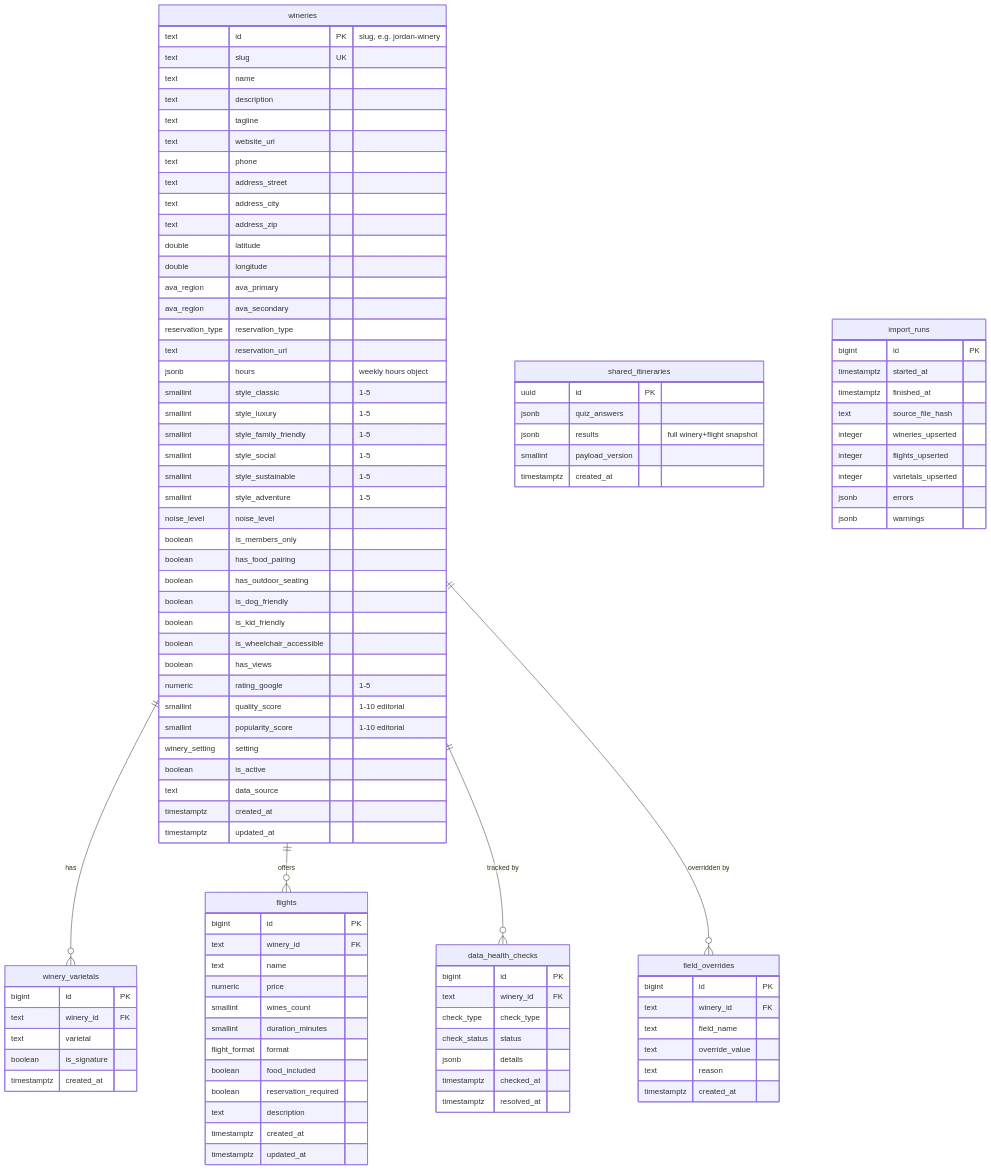
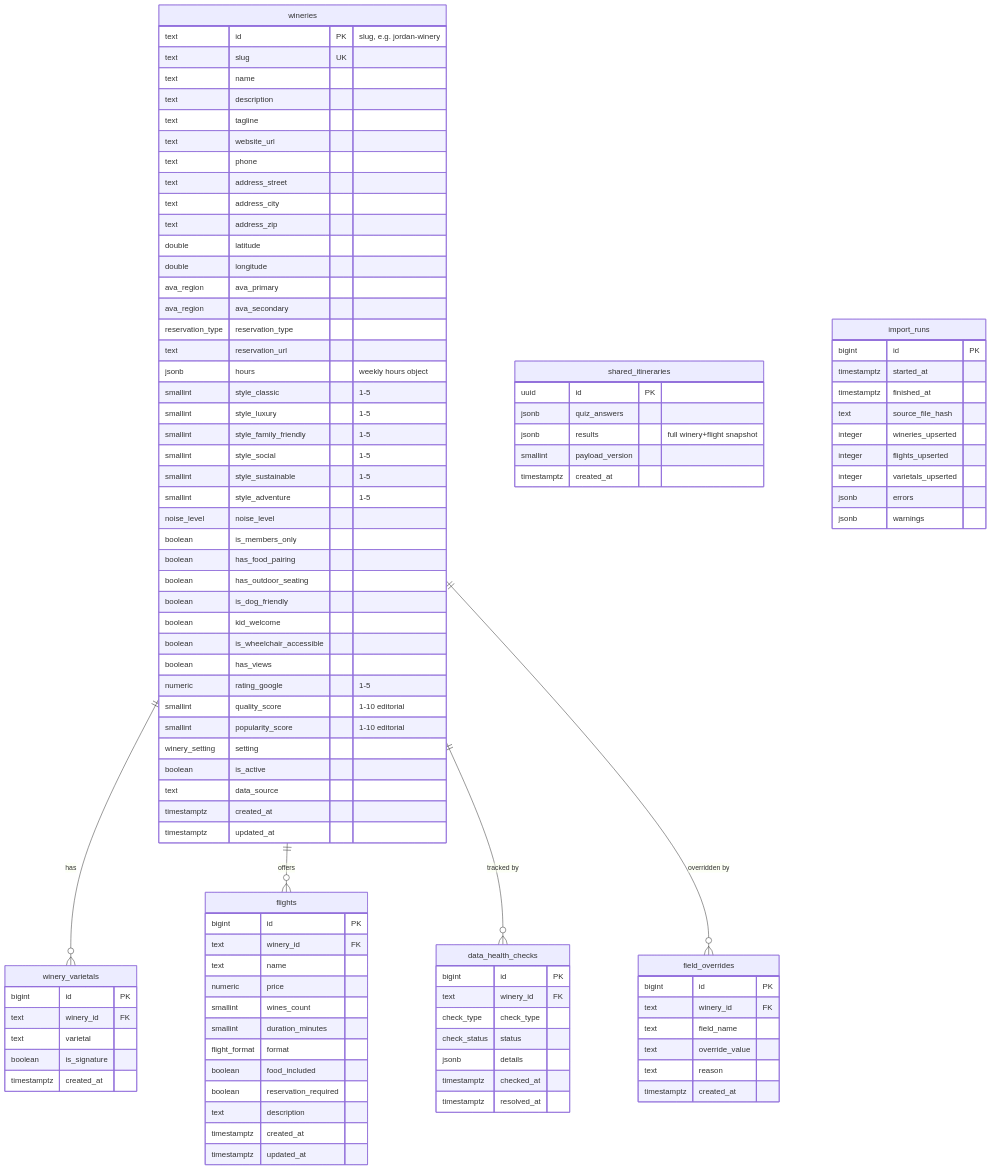
One commit to Littletonconnor/SonomaSip changed the diagram in docs/ERD.md. Above: the diagram before and after it, drawn with Mermaid. The commit also changed 28 other files, not shown here.

```diff
--- a/docs/ERD.md
+++ b/docs/ERD.md
@@ -36,7 +36,7 @@
         boolean has_food_pairing
         boolean has_outdoor_seating
         boolean is_dog_friendly
-        boolean is_kid_friendly
+        boolean kid_welcome
         boolean is_wheelchair_accessible
         boolean has_views
         numeric rating_google "1-5"
```
